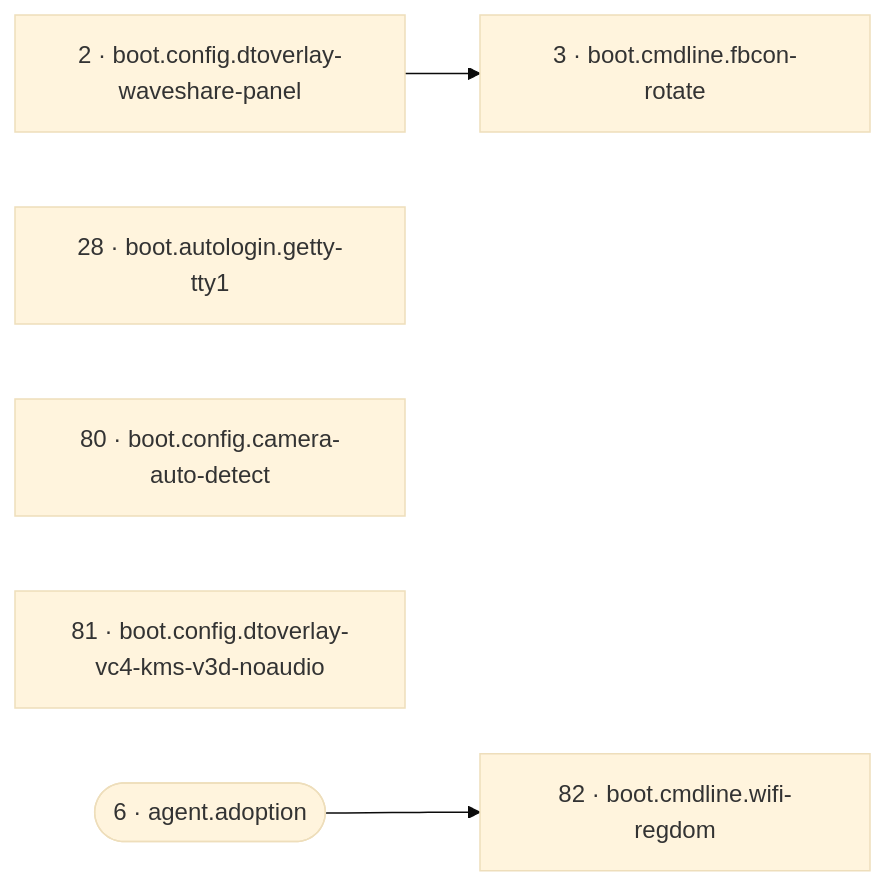
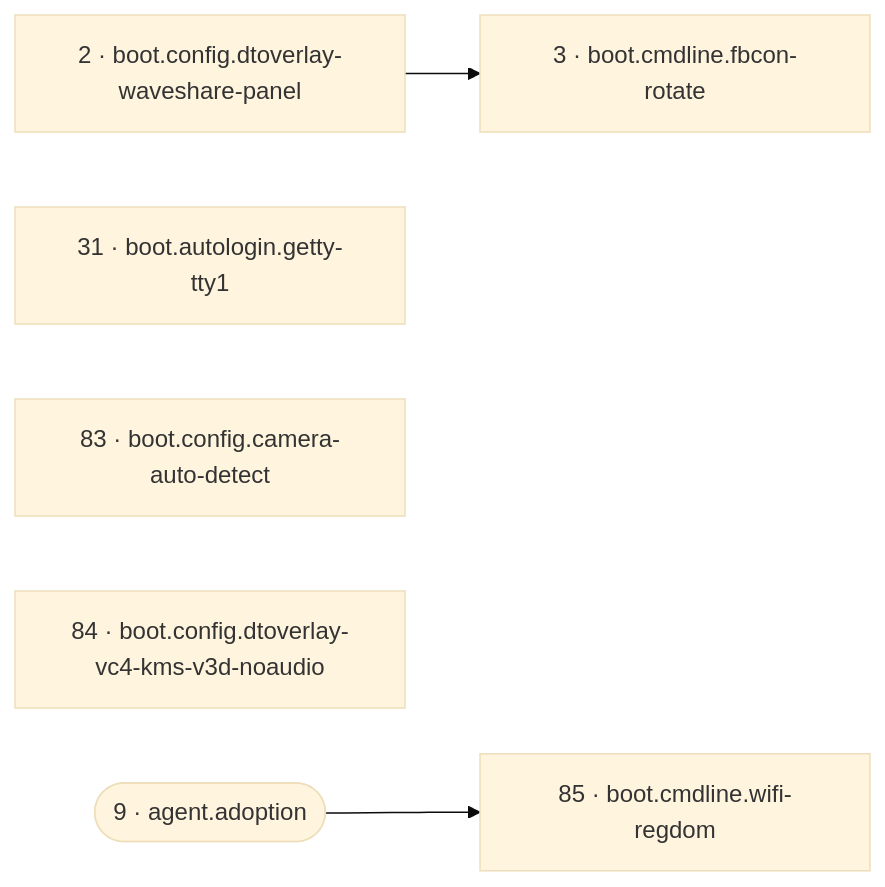
Before and after one commit to SixFive7/FrameLink: the third of 21 diagrams in reference/reconcile-dag.md, drawn with Mermaid (base theme). The commit also changed other lines of this file and 12 other files, not shown here.

````diff
--- a/reference/reconcile-dag.md
+++ b/reference/reconcile-dag.md
@@ -239,12 +242,12 @@
 ```mermaid
 flowchart LR
   r2["2 · boot.config.dtoverlay-waveshare-panel"]
   r3["3 · boot.cmdline.fbcon-rotate"]
-  r28["28 · boot.autologin.getty-tty1"]
-  r80["80 · boot.config.camera-auto-detect"]
-  r81["81 · boot.config.dtoverlay-vc4-kms-v3d-noaudio"]
-  r82["82 · boot.cmdline.wifi-regdom"]
-  r6(["6 · agent.adoption"])
+  r31["31 · boot.autologin.getty-tty1"]
+  r83["83 · boot.config.camera-auto-detect"]
+  r84["84 · boot.config.dtoverlay-vc4-kms-v3d-noaudio"]
+  r85["85 · boot.cmdline.wifi-regdom"]
+  r9(["9 · agent.adoption"])
   r2 --> r3
-  r6 --> r82
+  r9 --> r85
 ```
````
